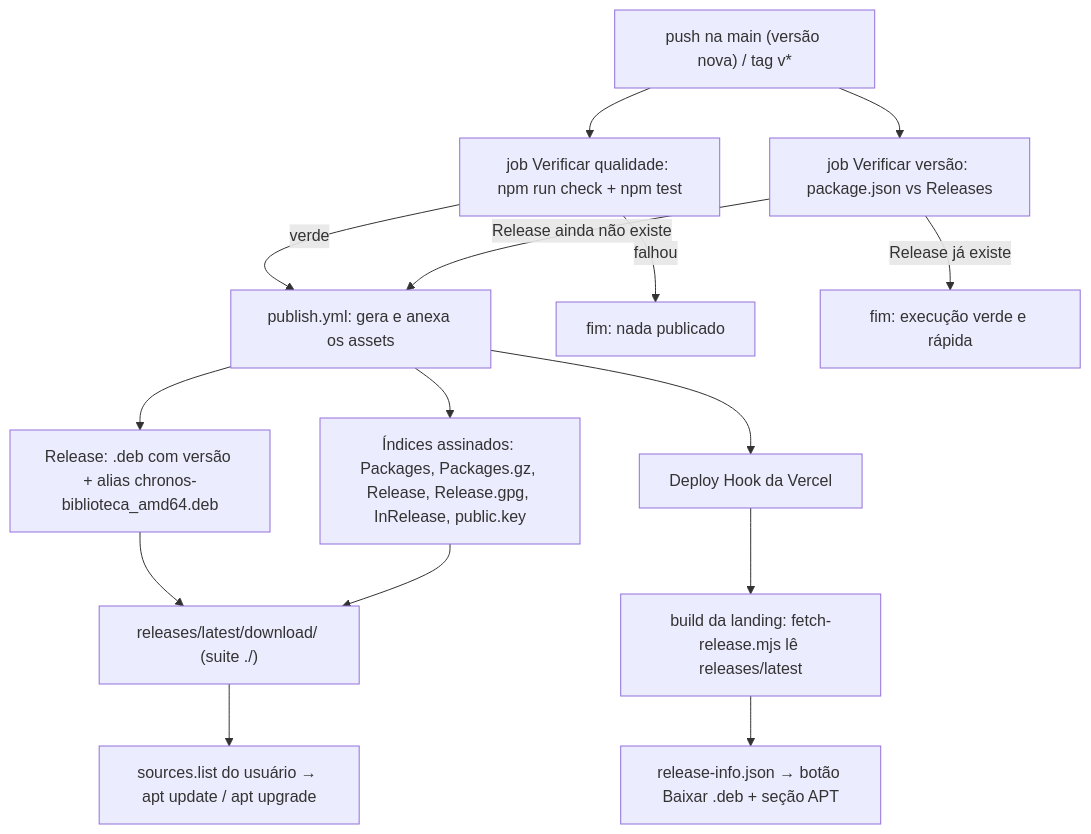
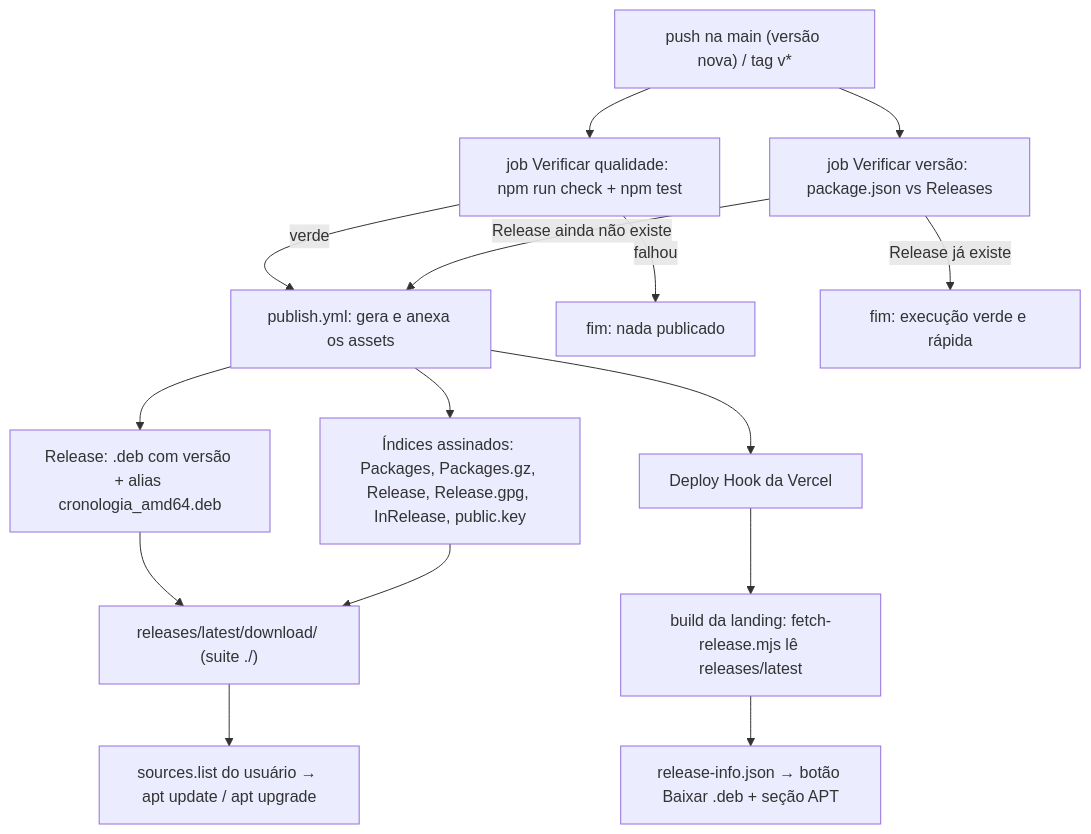
Before and after one commit to chronos-atalante/chronos-biblioteca: the diagram in docs/distribuicao-apt.md, drawn with Mermaid. The commit also changed other lines of this file and 66 other files, not shown here.

First line of the commit message:
refactor: rename project from "Chronos Biblioteca" to "Cronologia"

````diff
--- a/docs/distribuicao-apt.md
+++ b/docs/distribuicao-apt.md
@@ -67,17 +67,17 @@
 ```mermaid
 flowchart TD
     A["push na main (versão nova) / tag v*"] --> B0["job Verificar versão: package.json vs Releases"]
     A --> Q["job Verificar qualidade: npm run check + npm test"]
     Q -- "verde" --> B
     Q -- "falhou" --> X["fim: nada publicado"]
     B0 -->|"Release ainda não existe"| B["publish.yml: gera e anexa os assets"]
     B0 -->|"Release já existe"| P["fim: execução verde e rápida"]
-    B --> C["Release: .deb com versão + alias chronos-biblioteca_amd64.deb"]
+    B --> C["Release: .deb com versão + alias cronologia_amd64.deb"]
     B --> D["Índices assinados: Packages, Packages.gz, Release, Release.gpg, InRelease, public.key"]
     C --> E["releases/latest/download/ (suite ./)"]
     D --> E
     E --> F["sources.list do usuário → apt update / apt upgrade"]
     B --> G["Deploy Hook da Vercel"]
     G --> H["build da landing: fetch-release.mjs lê releases/latest"]
     H --> I["release-info.json → botão Baixar .deb + seção APT"]
 ```
````
